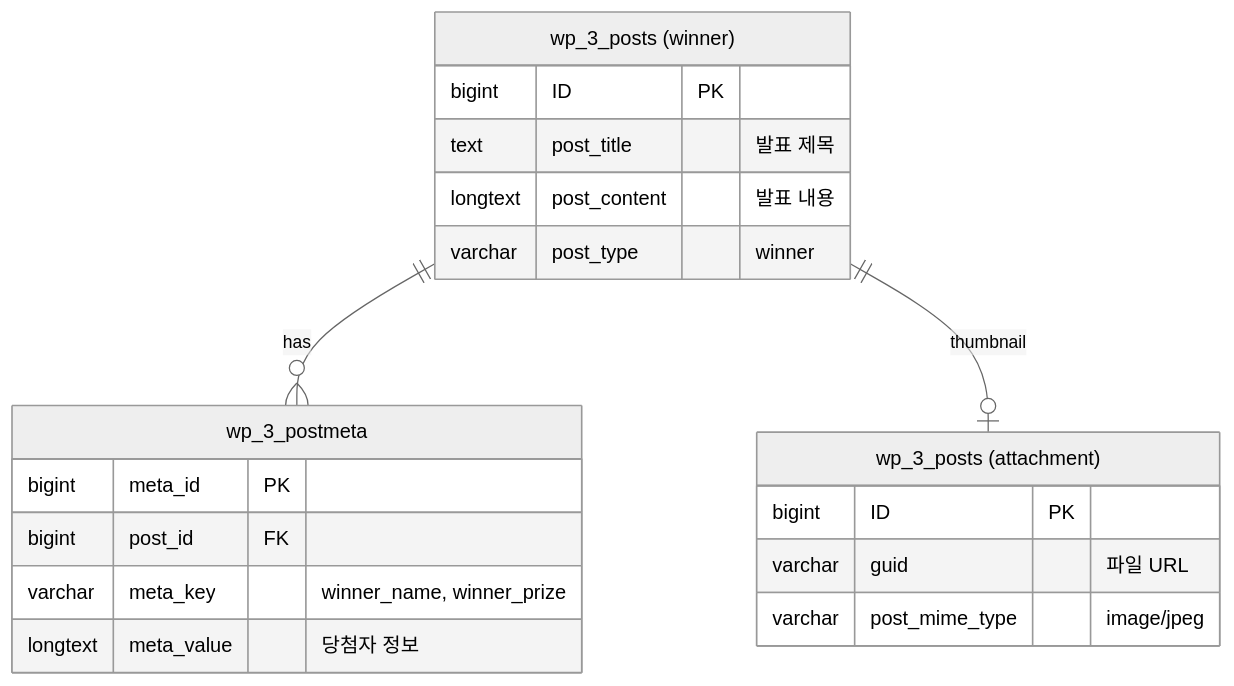
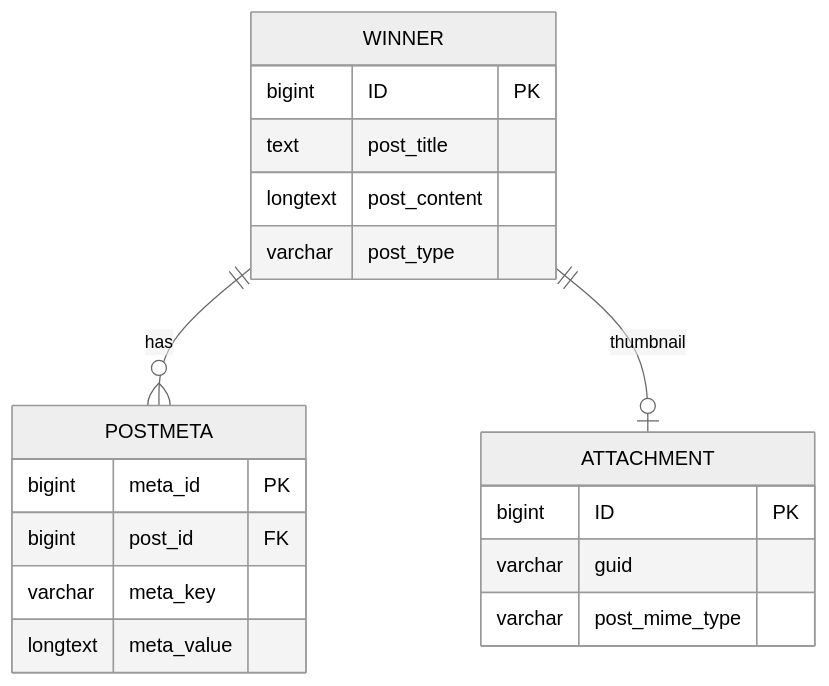
The fifth of 15 diagrams in src/content/docs/samhwa-musuem/specification/04-DB-ERD.md (sknkwoxs/manual-book), drawn with Mermaid (neutral theme) before and after one commit. The commit also changed other lines of this file and 16 other files, not shown here.

First line of the commit message:
docs(samhwa-musuem): add numbering system, update archive docs, fix mermaid ERD

````diff
--- a/src/content/docs/samhwa-musuem/specification/04-DB-ERD.md
+++ b/src/content/docs/samhwa-musuem/specification/04-DB-ERD.md
@@ -208,25 +204,25 @@
 ```mermaid
 erDiagram
     WINNER ||--o{ POSTMETA : "has"
     WINNER ||--o| ATTACHMENT : "thumbnail"
 
-    WINNER["wp_3_posts (winner)"] {
+    WINNER {
         bigint ID PK
-        text post_title "발표 제목"
-        longtext post_content "발표 내용"
-        varchar post_type "winner"
+        text post_title
+        longtext post_content
+        varchar post_type
     }
 
-    POSTMETA["wp_3_postmeta"] {
+    POSTMETA {
         bigint meta_id PK
         bigint post_id FK
-        varchar meta_key "winner_name, winner_prize"
-        longtext meta_value "당첨자 정보"
+        varchar meta_key
+        longtext meta_value
     }
 
-    ATTACHMENT["wp_3_posts (attachment)"] {
+    ATTACHMENT {
         bigint ID PK
-        varchar guid "파일 URL"
-        varchar post_mime_type "image/jpeg"
+        varchar guid
+        varchar post_mime_type
     }
 ```
````
